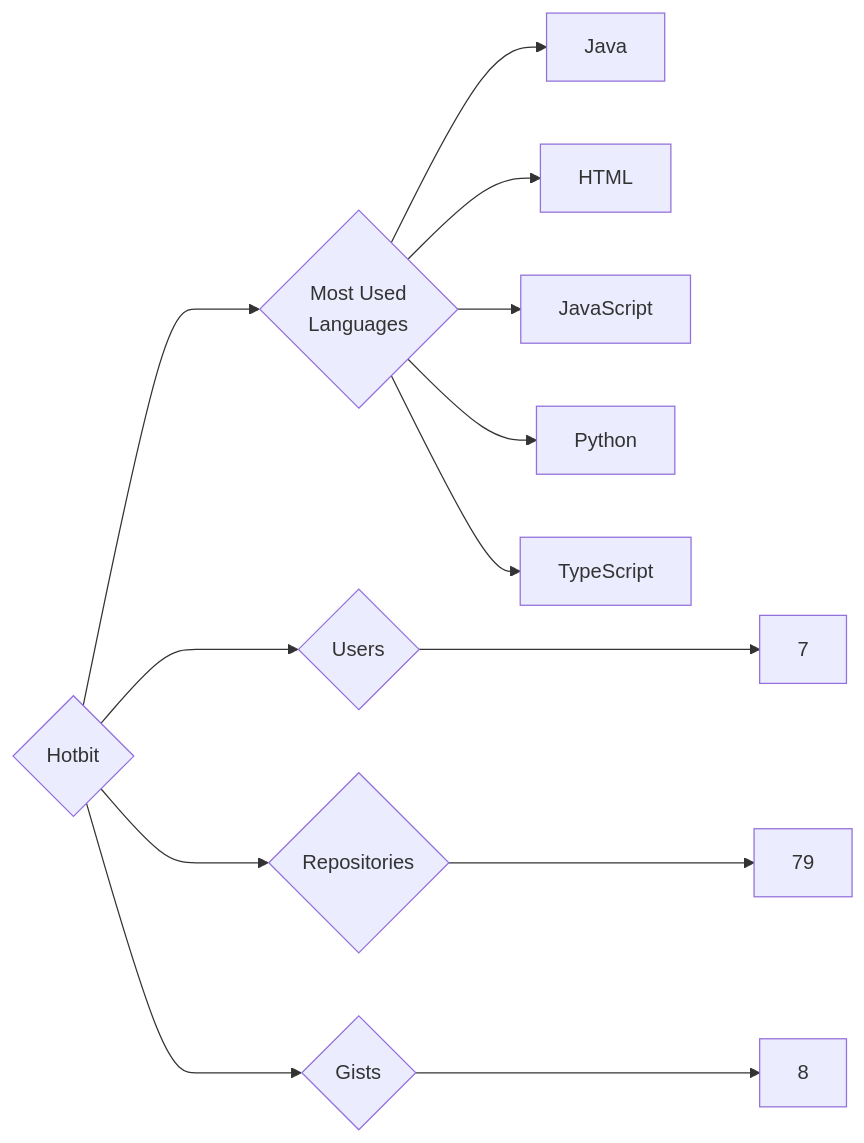
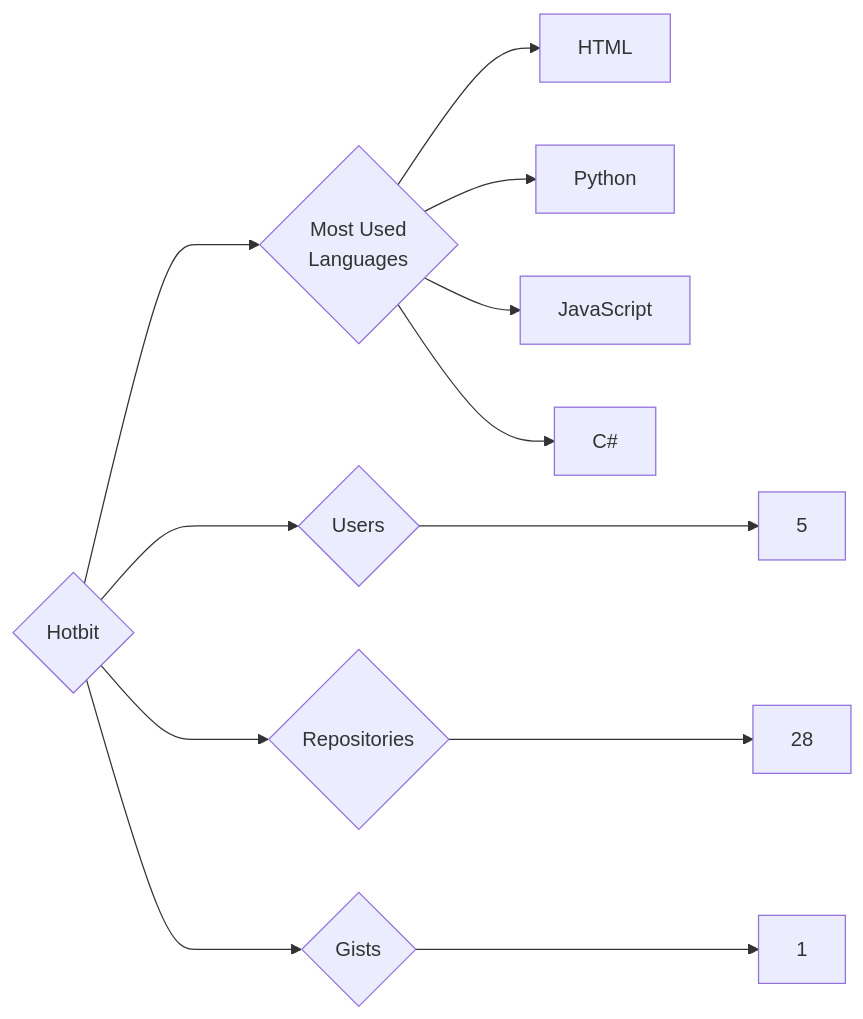
Before and after one commit to trickest/insiders: the diagram in targets/Hotbit/README.md, drawn with Mermaid. The commit also changed 912 other files, not shown here.

````diff
--- a/targets/Hotbit/README.md
+++ b/targets/Hotbit/README.md
@@ -3,13 +3,12 @@
 ```mermaid
 graph LR
 COMPANY_NAME{Hotbit}
-COMPANY_NAME ---> U{Users} ---> UN[7]
-COMPANY_NAME ---> R{Repositories} ---> RN[79]
-COMPANY_NAME ---> G{Gists} ---> GN[8]
+COMPANY_NAME ---> U{Users} ---> UN[5]
+COMPANY_NAME ---> R{Repositories} ---> RN[28]
+COMPANY_NAME ---> G{Gists} ---> GN[1]
 COMPANY_NAME ---> ML{Most Used<br>Languages}
-ML --> Java[Java]
 ML --> HTML[HTML]
+ML --> Python[Python]
 ML --> JavaScript[JavaScript]
-ML --> Python[Python]
-ML --> TypeScript[TypeScript]
+ML --> C#[C#]
 ```
````
